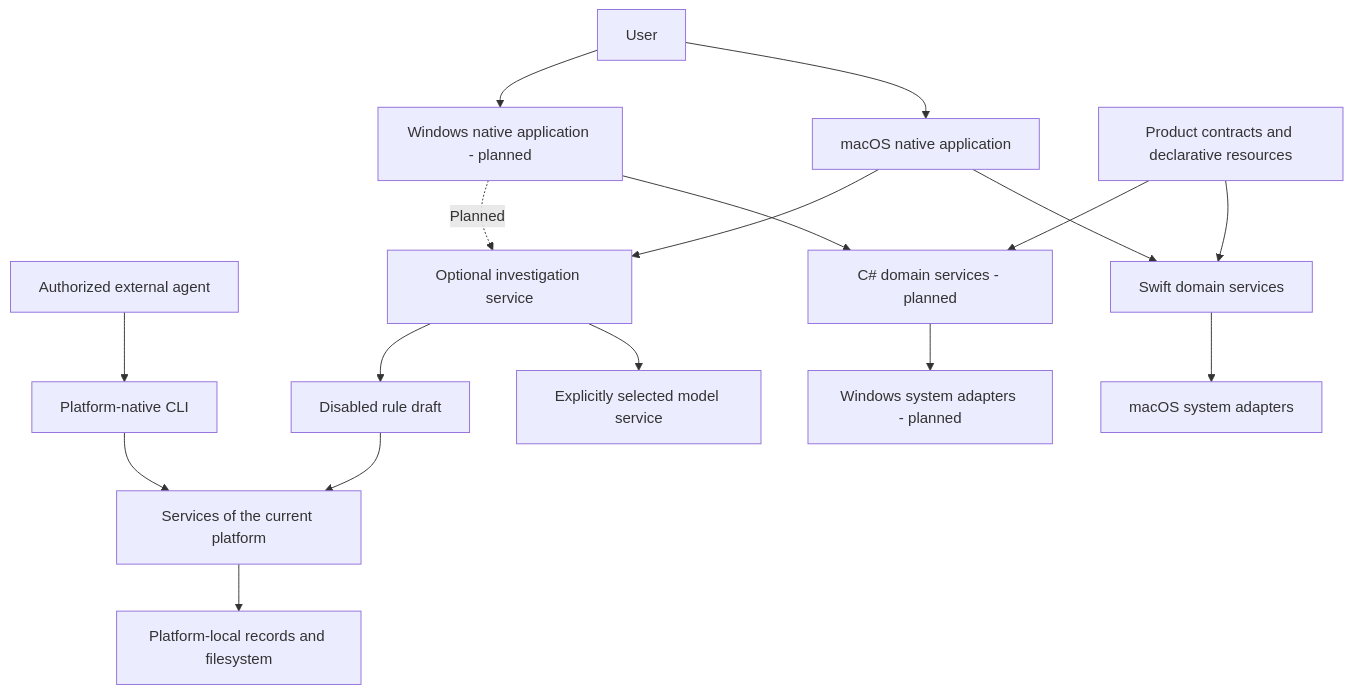
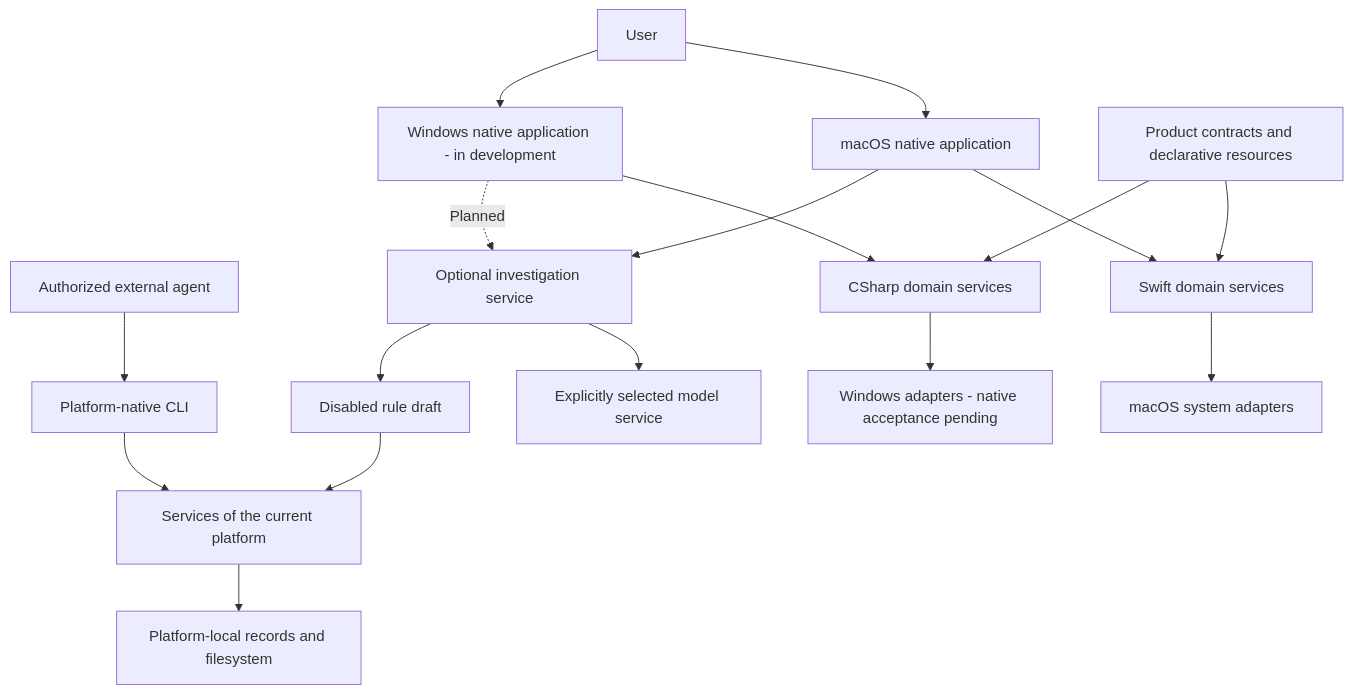
One commit to limecloud/shou changed the first of 4 diagrams in docs/architecture/system-design.md. Above: the diagram before and after it, drawn with Mermaid. The commit also changed other lines of this file and 297 other files, not shown here.

Commit message:
Release v0.12.0 native architecture and platform npm distribution

````diff
--- a/docs/architecture/system-design.md
+++ b/docs/architecture/system-design.md
@@ -9,19 +9,19 @@
 ```mermaid
 flowchart TB
     User[User] --> Mac[macOS native application]
-    User --> Win[Windows native application - planned]
+    User --> Win[Windows native application - in development]
     Agent[Authorized external agent] --> CLI[Platform-native CLI]
     Mac --> Swift[Swift domain services]
-    Win --> CS[C# domain services - planned]
+    Win --> CS[CSharp domain services]
     CLI --> Services[Services of the current platform]
     Swift --> MacOS[macOS system adapters]
-    CS --> Windows[Windows system adapters - planned]
+    CS --> Windows[Windows adapters - native acceptance pending]
     Shared[Product contracts and declarative resources] --> Swift
     Shared --> CS
     Services --> Local[Platform-local records and filesystem]
     Mac --> AI[Optional investigation service]
     Win -.Planned.-> AI
     AI --> Provider[Explicitly selected model service]
     AI --> Draft[Disabled rule draft]
     Draft --> Services
 ```
````
